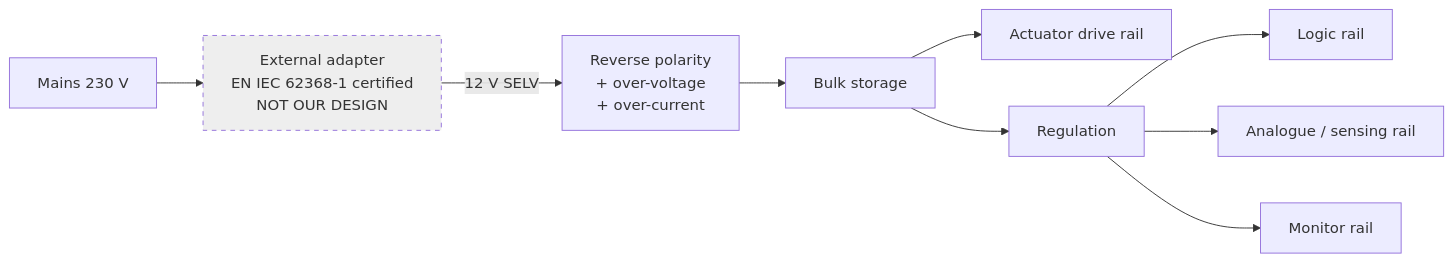
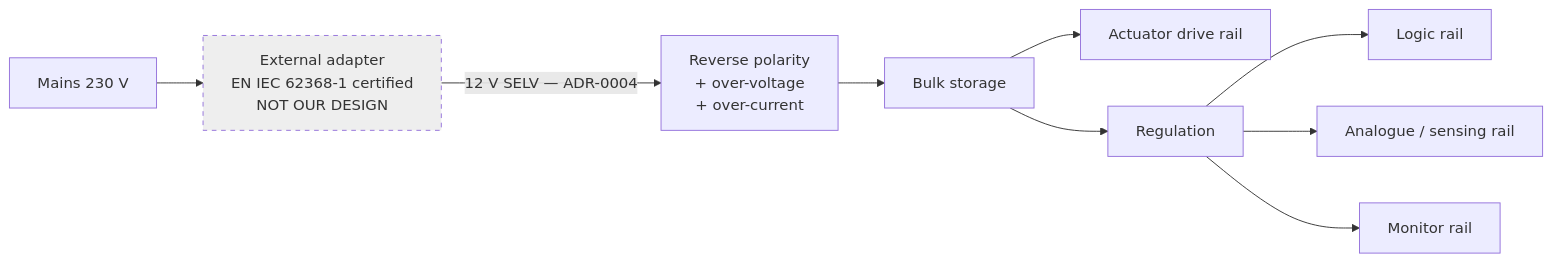
Before and after one commit to bny61/automaticbabyhammock: the diagram in docs/02-architecture/power-tree.md, drawn with Mermaid. The commit also changed other lines of this file and 17 other files, not shown here.

````diff
--- a/docs/02-architecture/power-tree.md
+++ b/docs/02-architecture/power-tree.md
@@ -7,13 +7,13 @@
 ```mermaid
 flowchart LR
     MAINS["Mains 230 V"] --> PSU["External adapter<br/>EN IEC 62368-1 certified<br/>NOT OUR DESIGN"]
-    PSU -->|"12 V SELV"| PROT["Reverse polarity<br/>+ over-voltage<br/>+ over-current"]
+    PSU -->|"12 V SELV — ADR-0004"| PROT["Reverse polarity<br/>+ over-voltage<br/>+ over-current"]
     PROT --> BULK["Bulk storage"]
     BULK --> DRIVE["Actuator drive rail"]
     BULK --> REG["Regulation"]
     REG --> LOGIC["Logic rail"]
     REG --> ANA["Analogue / sensing rail"]
     REG --> MONR["Monitor rail"]
 
     style PSU fill:#eee,stroke-dasharray: 5 5
 ```
````
